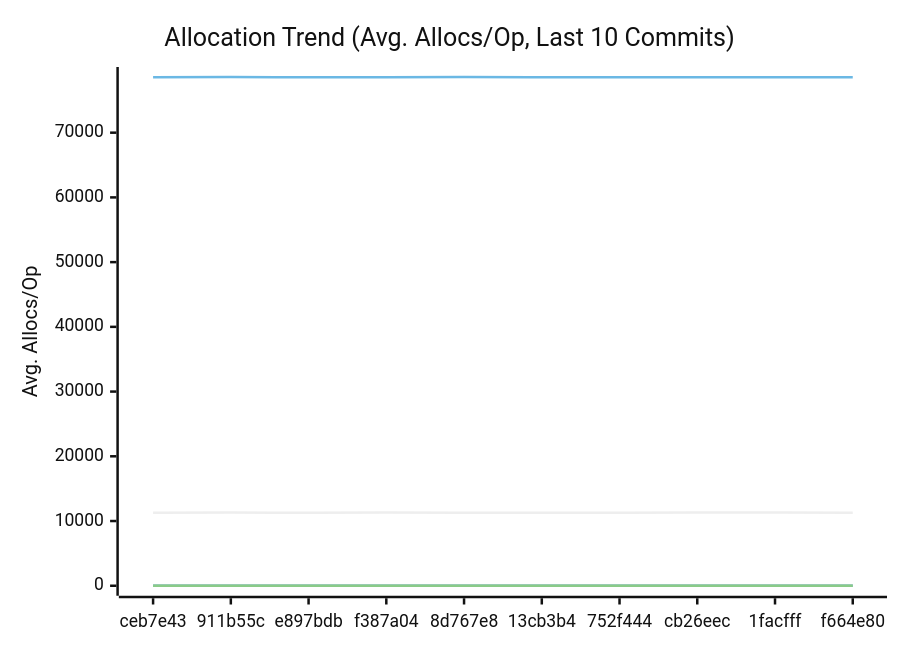
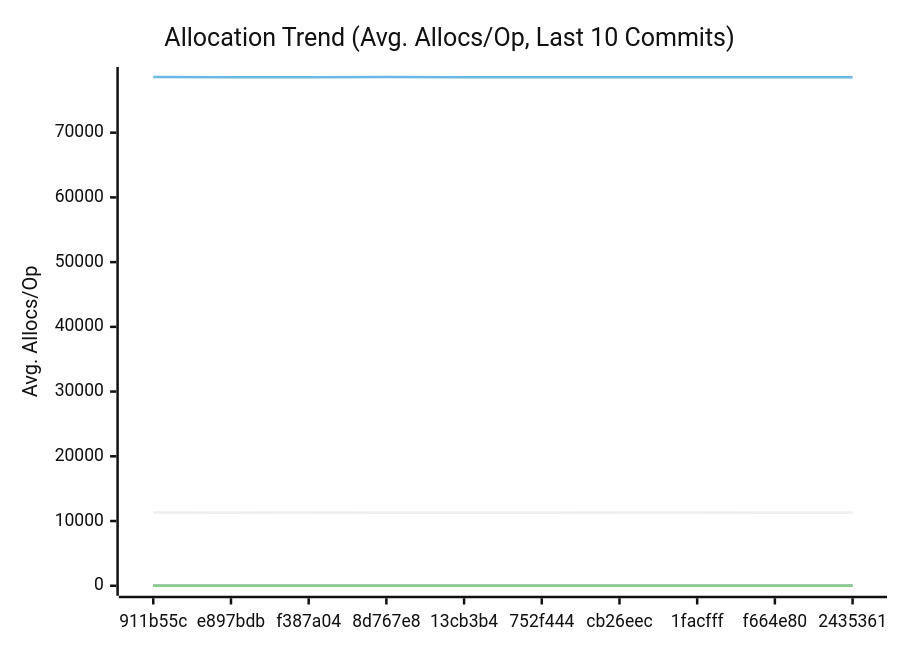
The third of 3 diagrams in docs/PERFORMANCE.md (alsotoes/momo), drawn with Mermaid (neutral theme) before and after one commit. The commit also changed other lines of this file and 4 other files, not shown here.

````diff
--- a/docs/PERFORMANCE.md
+++ b/docs/PERFORMANCE.md
@@ -197,20 +197,20 @@
 ```mermaid
 xychart-beta
     title "Allocation Trend (Avg. Allocs/Op, Last 10 Commits)"
     x-axis "Commit"
     y-axis "Avg. Allocs/Op"
-    x-axis [ceb7e43,911b55c,e897bdb,f387a04,8d767e8,13cb3b4,752f444,cb26eec,1facfff,f664e80]
-    line "AWSChunkedReaderSigned" [11281,11298,11295,11317,11297,11272,11275,11298,11308,11270]
-    line "AWSChunkedReaderUnsigned" [78557,78598,78563,78578,78602,78562,78568,78562,78579,78560]
+    x-axis [911b55c,e897bdb,f387a04,8d767e8,13cb3b4,752f444,cb26eec,1facfff,f664e80,2435361]
+    line "AWSChunkedReaderSigned" [11298,11295,11317,11297,11272,11275,11298,11308,11270,11271]
+    line "AWSChunkedReaderUnsigned" [78598,78563,78578,78602,78562,78568,78562,78579,78560,78567]
     line "CheckMetricsAndSwap" [0,0,0,0,0,0,0,0,0,0]
     line "CrushOptimized" [0,0,0,0,0,0,0,0,0,0]
     line "CrushOriginal" [3,3,3,3,3,3,3,3,3,3]
     line "IndexDirectTracking" [0,0,0,0,0,0,0,0,0,0]
     line "IndexSearch" [0,0,0,0,0,0,0,0,0,0]
     line "LoadGlobalConfig" [54,54,54,54,54,54,54,54,54,54]
     line "PadString" [1,1,1,1,1,1,1,1,1,1]
     line "ParseReplicationOrder_NoPrealloc" [6,6,6,6,6,5,5,5,5,5]
     line "ParseReplicationOrder_Prealloc" [2,2,2,2,2,1,1,1,1,1]
     line "SanitizeLog/Safe" [0,0,0,0,0,0,0,0,0,0]
     line "SanitizeLog/Unsafe" [1,1,1,1,1,1,1,1,1,1]
 ```
````
